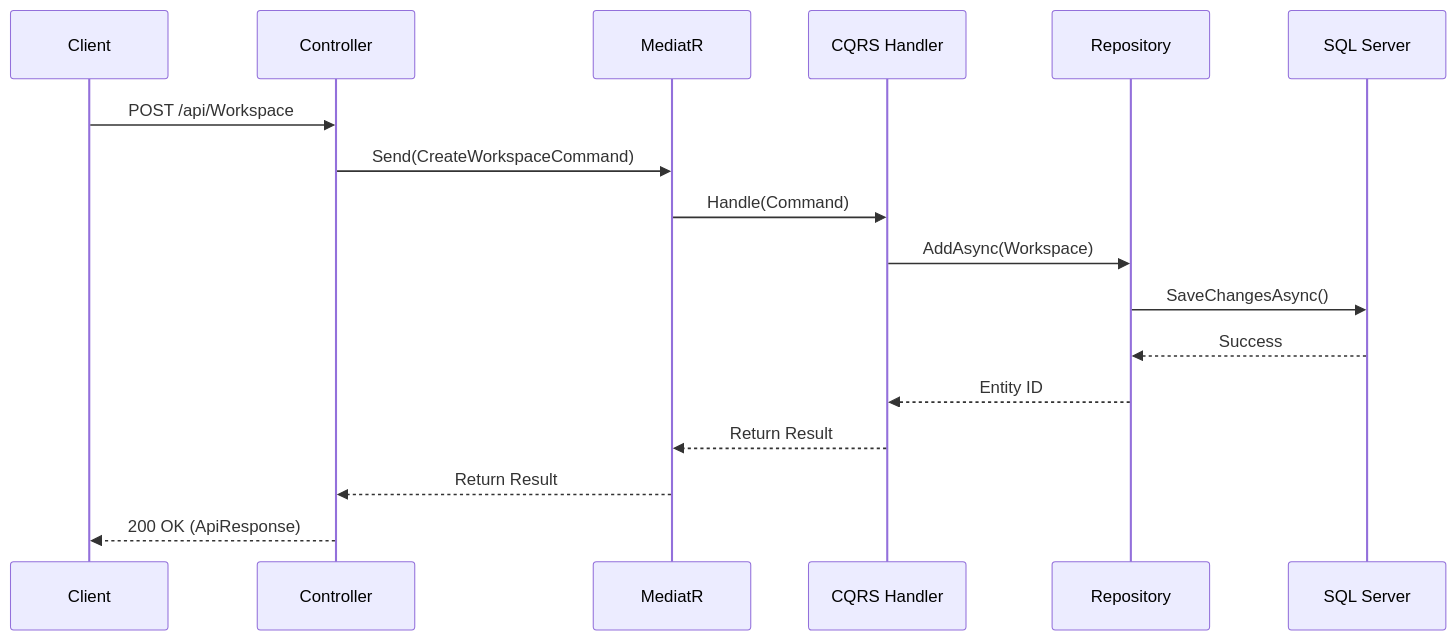
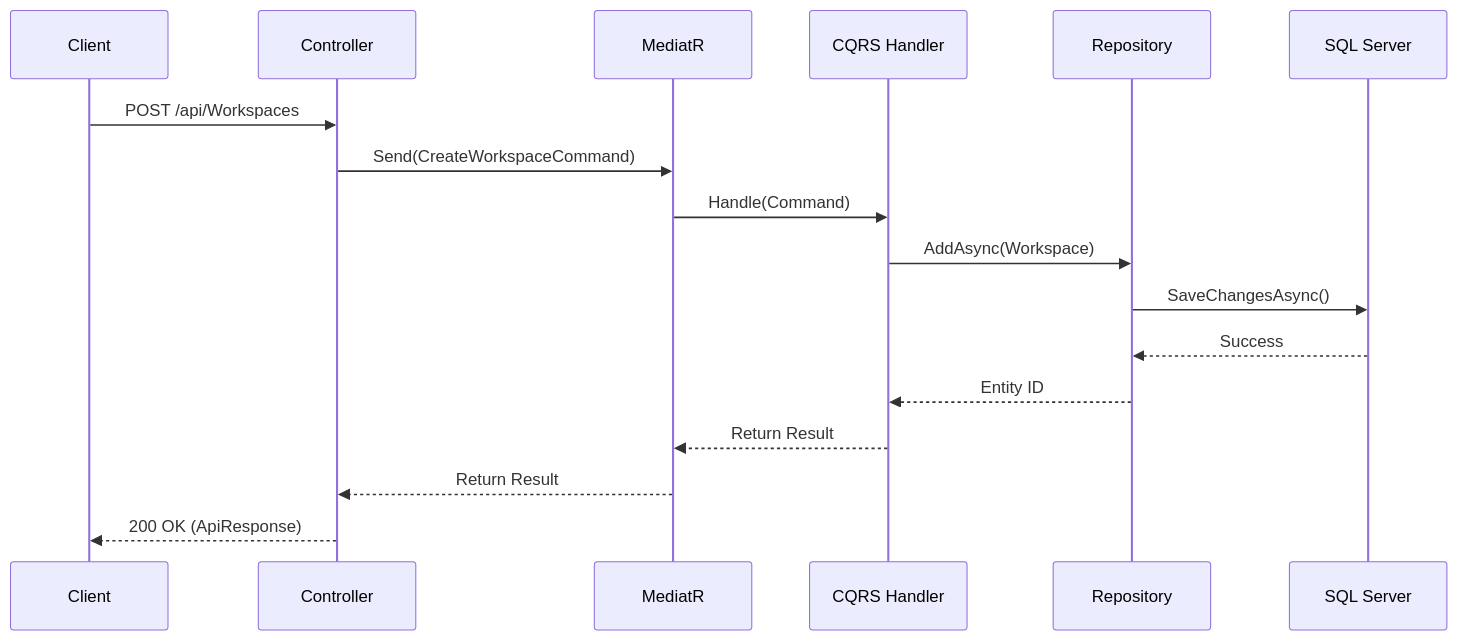
One commit to MuhammadBilal64/DevFlow changed the second of 2 diagrams in README.md. Above: the diagram before and after it, drawn with Mermaid.

````diff
--- a/README.md
+++ b/README.md
@@ -114,20 +114,20 @@
 ```mermaid
 sequenceDiagram
     participant Client
     participant API as Controller
     participant MediatR
     participant Handler as CQRS Handler
     participant Repo as Repository
     participant DB as SQL Server
     
-    Client->>API: POST /api/Workspace
+    Client->>API: POST /api/Workspaces
     API->>MediatR: Send(CreateWorkspaceCommand)
     MediatR->>Handler: Handle(Command)
     Handler->>Repo: AddAsync(Workspace)
     Repo->>DB: SaveChangesAsync()
     DB-->>Repo: Success
     Repo-->>Handler: Entity ID
     Handler-->>MediatR: Return Result
     MediatR-->>API: Return Result
     API-->>Client: 200 OK (ApiResponse)
 ```
````
